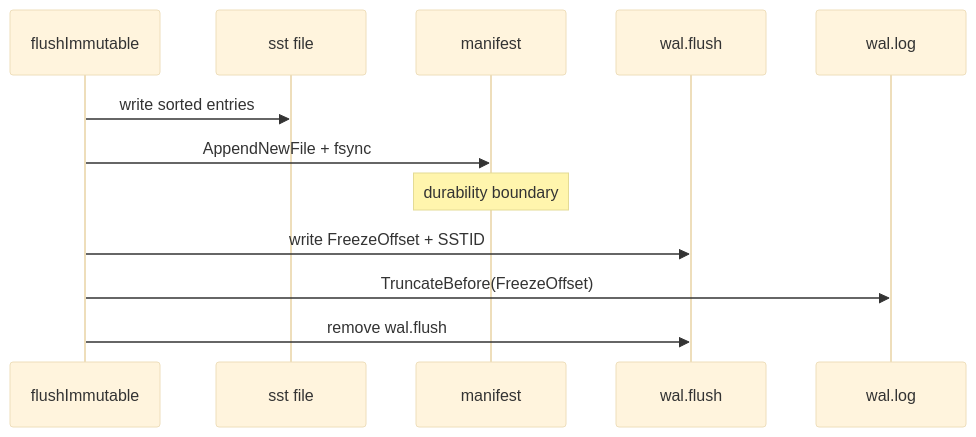
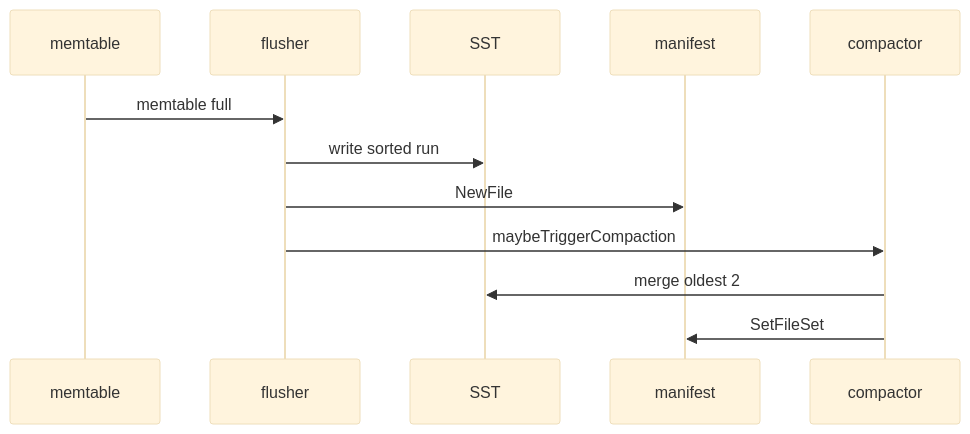
One commit to RUDRA-PRATAP-SINGH01/PebbleDB changed the third of 3 diagrams in docs/architecture/COMPACTION.md. Above: the diagram before and after it, drawn with Mermaid (base theme). The commit also changed other lines of this file and 19 other files, not shown here.

````diff
--- a/docs/architecture/COMPACTION.md
+++ b/docs/architecture/COMPACTION.md
@@ -41,15 +160,15 @@
 ```mermaid
 sequenceDiagram
-    participant F as flushImmutable
-    participant SST as sst file
+    participant MT as memtable
+    participant F as flusher
+    participant SST as SST
     participant M as manifest
-    participant WS as wal.flush
-    participant W as wal.log
+    participant C as compactor
 
-    F->>SST: write sorted entries
-    F->>M: AppendNewFile + fsync
-    Note over M: durability boundary
-    F->>WS: write FreezeOffset + SSTID
-    F->>W: TruncateBefore(FreezeOffset)
-    F->>WS: remove wal.flush
+    MT->>F: memtable full
+    F->>SST: write sorted run
+    F->>M: NewFile
+    F->>C: maybeTriggerCompaction
+    C->>SST: merge oldest 2
+    C->>M: SetFileSet
 ```
````
